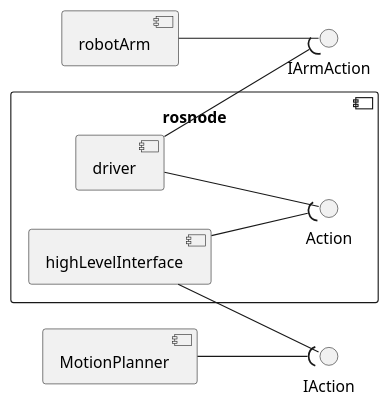
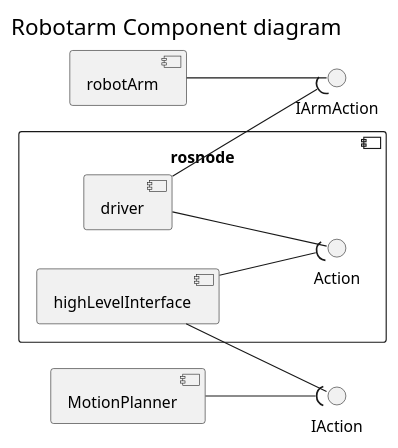
The diagram in documentation/componentDiagram.plantuml (JochemGrootherder1/WorWorld), drawn with PlantUML before and after one commit. The commit also changed 2 other files, not shown here.

```diff
--- a/documentation/componentDiagram.plantuml
+++ b/documentation/componentDiagram.plantuml
@@ -1,21 +1,24 @@
-@startuml
+@startuml componentDiagram
+left header
+<font size=20 color=black>Robotarm Component diagram </font>
+endheader
 left to right direction
 
     [MotionPlanner] --( IAction
 
 
 component rosnode{
     component highLevelInterface
     [highLevelInterface] --( Action
     [highLevelInterface] -- IAction
     
     component driver
     [driver] -- Action
 
 }
     driver --( IArmAction
 component robotArm{
 }
     robotArm -- IArmAction
 
 @enduml
```
